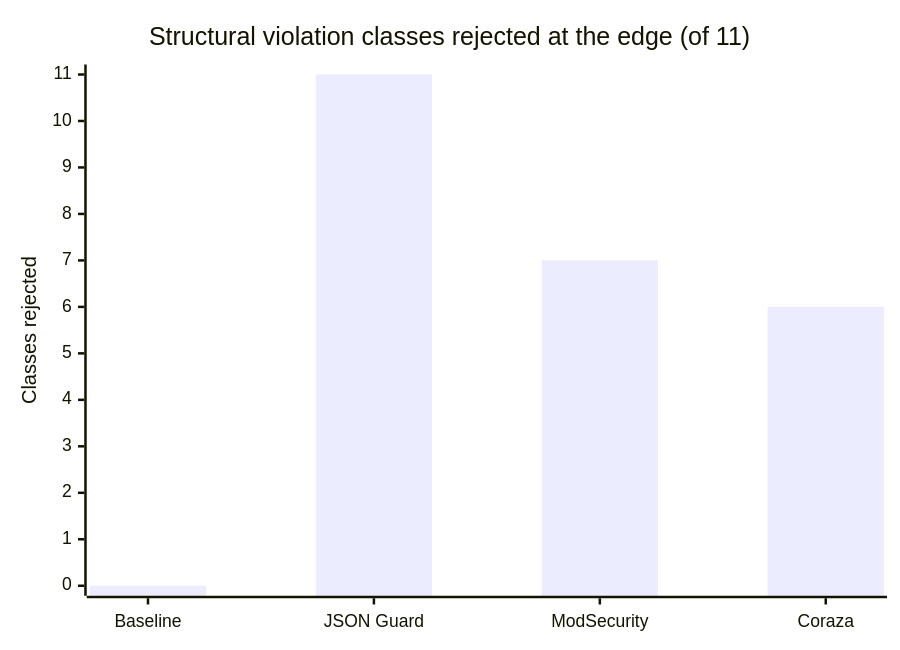
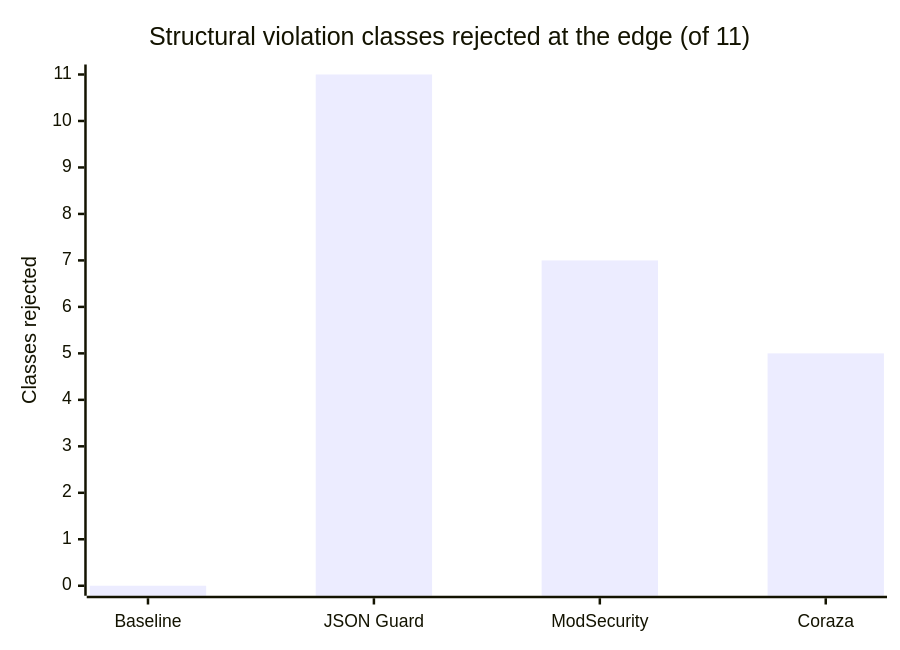
The diagram in docs-site/docs/comparison/engines.md (Vulcanite/ngx_json_guard), drawn with Mermaid before and after one commit. The commit also changed other lines of this file and 8 other files, not shown here.

````diff
--- a/docs-site/docs/comparison/engines.md
+++ b/docs-site/docs/comparison/engines.md
@@ -45,7 +49,7 @@
 ```mermaid
 xychart-beta
     title "Structural violation classes rejected at the edge (of 11)"
     x-axis ["Baseline", "JSON Guard", "ModSecurity", "Coraza"]
     y-axis "Classes rejected" 0 --> 11
-    bar [0, 11, 7, 6]
+    bar [0, 11, 7, 5]
 ```
````
